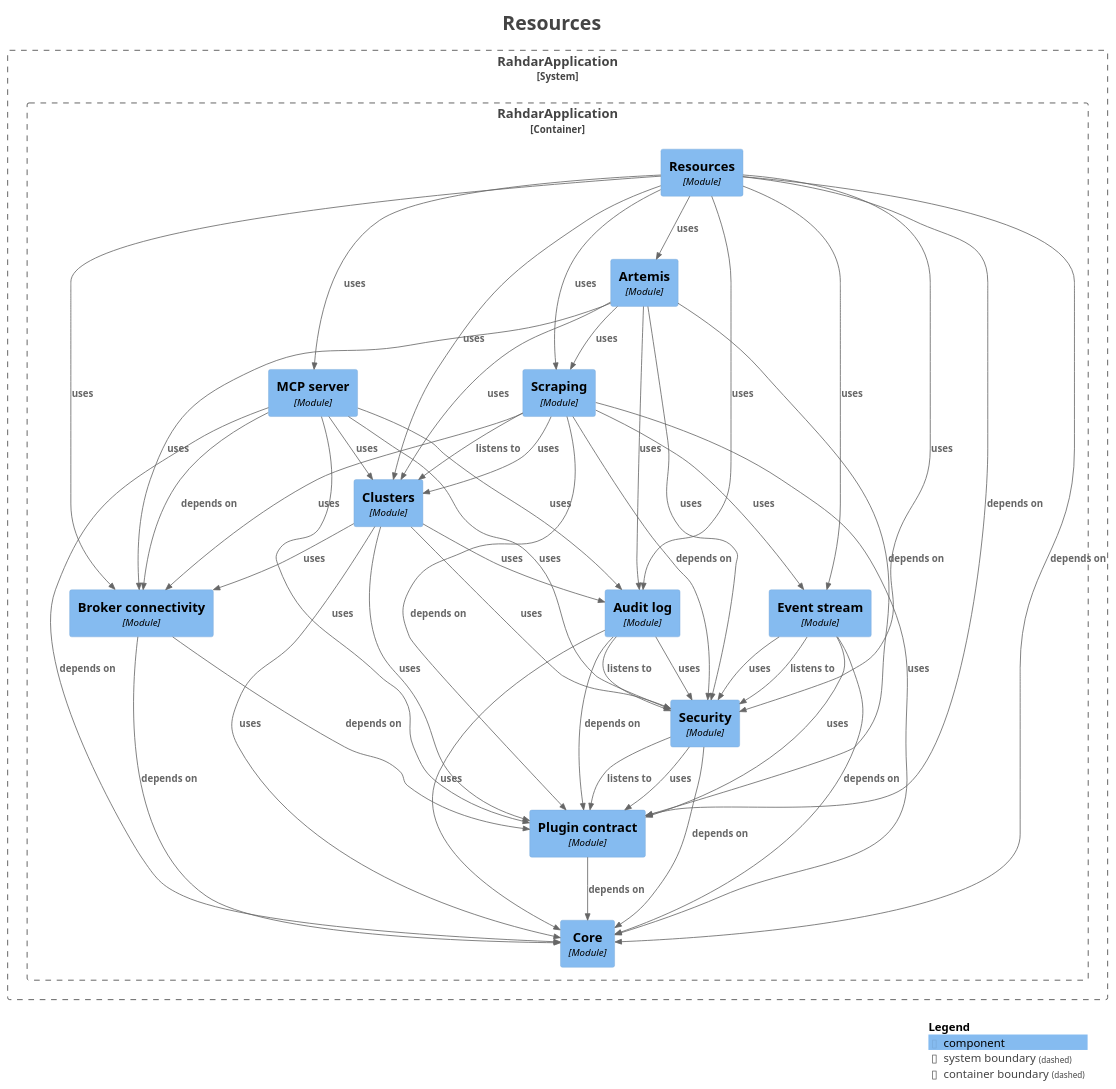
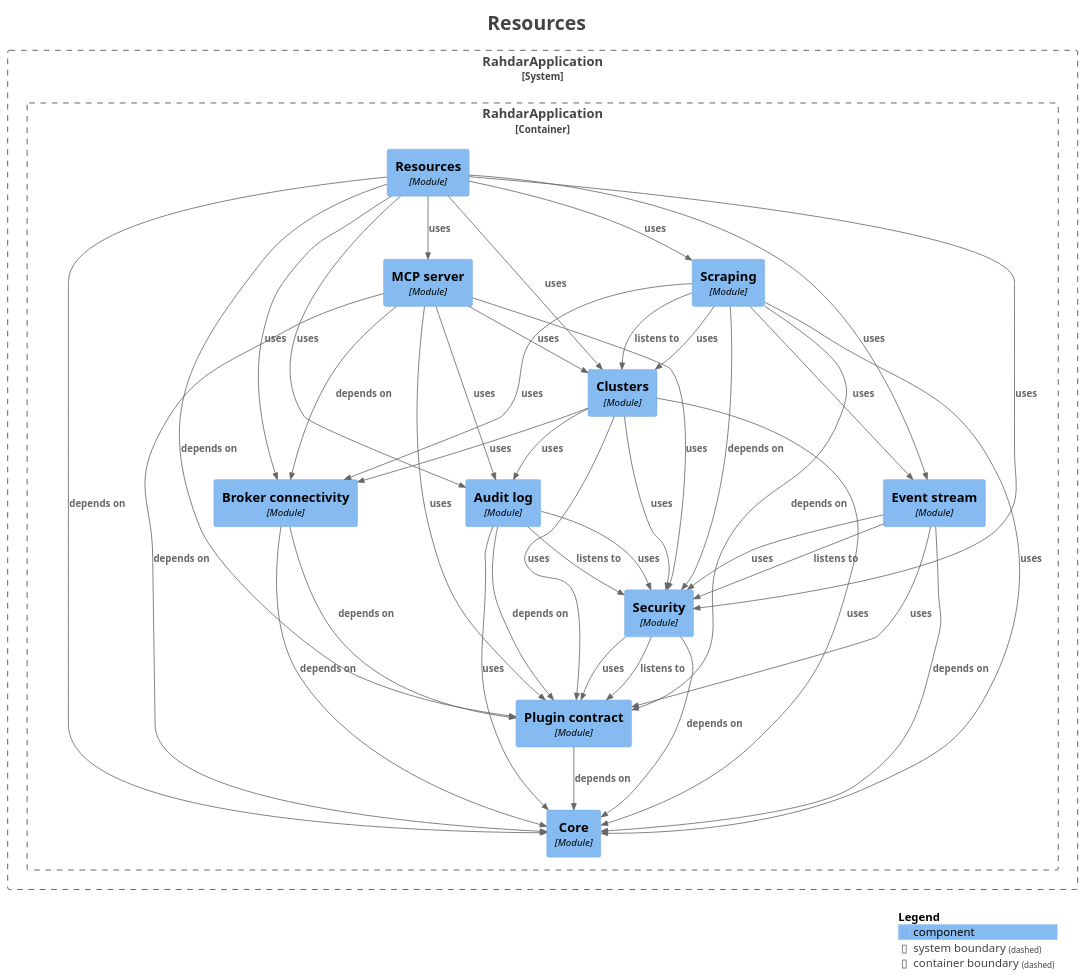
One commit to sudoitir/rahdar changed the diagram in docs/modules/module-feature.resources.puml. Above: the diagram before and after it, drawn with PlantUML. The commit also changed 33 other files, not shown here.

```diff
--- a/docs/modules/module-feature.resources.puml
+++ b/docs/modules/module-feature.resources.puml
@@ -1,86 +1,78 @@
 @startuml
 title <size:24>Resources</size>
 
 set separator none
 top to bottom direction
 
 <style>
   root {
     BackgroundColor: #ffffff
     FontColor: #444444
   }
 </style>
 
 !include <C4/C4>
 !include <C4/C4_Context>
 !include <C4/C4_Component>
 
 System_Boundary("RahdarApplication_boundary", "RahdarApplication", $tags="") {
   Container_Boundary("RahdarApplication.RahdarApplication_boundary", "RahdarApplication", $tags="") {
-    Component(RahdarApplication.RahdarApplication.Artemis, "Artemis", $techn="Module", $descr="", $tags="", $link="")
     Component(RahdarApplication.RahdarApplication.Auditlog, "Audit log", $techn="Module", $descr="", $tags="", $link="")
     Component(RahdarApplication.RahdarApplication.Brokerconnectivity, "Broker connectivity", $techn="Module", $descr="", $tags="", $link="")
     Component(RahdarApplication.RahdarApplication.Clusters, "Clusters", $techn="Module", $descr="", $tags="", $link="")
     Component(RahdarApplication.RahdarApplication.Core, "Core", $techn="Module", $descr="", $tags="", $link="")
     Component(RahdarApplication.RahdarApplication.Eventstream, "Event stream", $techn="Module", $descr="", $tags="", $link="")
     Component(RahdarApplication.RahdarApplication.MCPserver, "MCP server", $techn="Module", $descr="", $tags="", $link="")
     Component(RahdarApplication.RahdarApplication.Plugincontract, "Plugin contract", $techn="Module", $descr="", $tags="", $link="")
     Component(RahdarApplication.RahdarApplication.Resources, "Resources", $techn="Module", $descr="", $tags="", $link="")
     Component(RahdarApplication.RahdarApplication.Scraping, "Scraping", $techn="Module", $descr="", $tags="", $link="")
     Component(RahdarApplication.RahdarApplication.Security, "Security", $techn="Module", $descr="", $tags="", $link="")
   }
 
 }
 
-Rel(RahdarApplication.RahdarApplication.Artemis, RahdarApplication.RahdarApplication.Auditlog, "uses", $techn="", $tags="", $link="")
-Rel(RahdarApplication.RahdarApplication.Artemis, RahdarApplication.RahdarApplication.Brokerconnectivity, "uses", $techn="", $tags="", $link="")
-Rel(RahdarApplication.RahdarApplication.Artemis, RahdarApplication.RahdarApplication.Clusters, "uses", $techn="", $tags="", $link="")
-Rel(RahdarApplication.RahdarApplication.Artemis, RahdarApplication.RahdarApplication.Plugincontract, "depends on", $techn="", $tags="", $link="")
-Rel(RahdarApplication.RahdarApplication.Artemis, RahdarApplication.RahdarApplication.Scraping, "uses", $techn="", $tags="", $link="")
-Rel(RahdarApplication.RahdarApplication.Artemis, RahdarApplication.RahdarApplication.Security, "uses", $techn="", $tags="", $link="")
 Rel(RahdarApplication.RahdarApplication.Auditlog, RahdarApplication.RahdarApplication.Core, "uses", $techn="", $tags="", $link="")
 Rel(RahdarApplication.RahdarApplication.Auditlog, RahdarApplication.RahdarApplication.Plugincontract, "depends on", $techn="", $tags="", $link="")
 Rel(RahdarApplication.RahdarApplication.Auditlog, RahdarApplication.RahdarApplication.Security, "listens to", $techn="", $tags="", $link="")
 Rel(RahdarApplication.RahdarApplication.Auditlog, RahdarApplication.RahdarApplication.Security, "uses", $techn="", $tags="", $link="")
 Rel(RahdarApplication.RahdarApplication.Brokerconnectivity, RahdarApplication.RahdarApplication.Core, "depends on", $techn="", $tags="", $link="")
 Rel(RahdarApplication.RahdarApplication.Brokerconnectivity, RahdarApplication.RahdarApplication.Plugincontract, "depends on", $techn="", $tags="", $link="")
 Rel(RahdarApplication.RahdarApplication.Clusters, RahdarApplication.RahdarApplication.Auditlog, "uses", $techn="", $tags="", $link="")
 Rel(RahdarApplication.RahdarApplication.Clusters, RahdarApplication.RahdarApplication.Brokerconnectivity, "uses", $techn="", $tags="", $link="")
 Rel(RahdarApplication.RahdarApplication.Clusters, RahdarApplication.RahdarApplication.Core, "uses", $techn="", $tags="", $link="")
 Rel(RahdarApplication.RahdarApplication.Clusters, RahdarApplication.RahdarApplication.Plugincontract, "uses", $techn="", $tags="", $link="")
 Rel(RahdarApplication.RahdarApplication.Clusters, RahdarApplication.RahdarApplication.Security, "uses", $techn="", $tags="", $link="")
 Rel(RahdarApplication.RahdarApplication.Eventstream, RahdarApplication.RahdarApplication.Core, "depends on", $techn="", $tags="", $link="")
 Rel(RahdarApplication.RahdarApplication.Eventstream, RahdarApplication.RahdarApplication.Plugincontract, "uses", $techn="", $tags="", $link="")
 Rel(RahdarApplication.RahdarApplication.Eventstream, RahdarApplication.RahdarApplication.Security, "listens to", $techn="", $tags="", $link="")
 Rel(RahdarApplication.RahdarApplication.Eventstream, RahdarApplication.RahdarApplication.Security, "uses", $techn="", $tags="", $link="")
 Rel(RahdarApplication.RahdarApplication.MCPserver, RahdarApplication.RahdarApplication.Auditlog, "uses", $techn="", $tags="", $link="")
 Rel(RahdarApplication.RahdarApplication.MCPserver, RahdarApplication.RahdarApplication.Brokerconnectivity, "depends on", $techn="", $tags="", $link="")
 Rel(RahdarApplication.RahdarApplication.MCPserver, RahdarApplication.RahdarApplication.Clusters, "uses", $techn="", $tags="", $link="")
 Rel(RahdarApplication.RahdarApplication.MCPserver, RahdarApplication.RahdarApplication.Core, "depends on", $techn="", $tags="", $link="")
 Rel(RahdarApplication.RahdarApplication.MCPserver, RahdarApplication.RahdarApplication.Plugincontract, "uses", $techn="", $tags="", $link="")
 Rel(RahdarApplication.RahdarApplication.MCPserver, RahdarApplication.RahdarApplication.Security, "uses", $techn="", $tags="", $link="")
 Rel(RahdarApplication.RahdarApplication.Plugincontract, RahdarApplication.RahdarApplication.Core, "depends on", $techn="", $tags="", $link="")
-Rel(RahdarApplication.RahdarApplication.Resources, RahdarApplication.RahdarApplication.Artemis, "uses", $techn="", $tags="", $link="")
 Rel(RahdarApplication.RahdarApplication.Resources, RahdarApplication.RahdarApplication.Auditlog, "uses", $techn="", $tags="", $link="")
 Rel(RahdarApplication.RahdarApplication.Resources, RahdarApplication.RahdarApplication.Brokerconnectivity, "uses", $techn="", $tags="", $link="")
 Rel(RahdarApplication.RahdarApplication.Resources, RahdarApplication.RahdarApplication.Clusters, "uses", $techn="", $tags="", $link="")
 Rel(RahdarApplication.RahdarApplication.Resources, RahdarApplication.RahdarApplication.Core, "depends on", $techn="", $tags="", $link="")
 Rel(RahdarApplication.RahdarApplication.Resources, RahdarApplication.RahdarApplication.Eventstream, "uses", $techn="", $tags="", $link="")
 Rel(RahdarApplication.RahdarApplication.Resources, RahdarApplication.RahdarApplication.MCPserver, "uses", $techn="", $tags="", $link="")
 Rel(RahdarApplication.RahdarApplication.Resources, RahdarApplication.RahdarApplication.Plugincontract, "depends on", $techn="", $tags="", $link="")
 Rel(RahdarApplication.RahdarApplication.Resources, RahdarApplication.RahdarApplication.Scraping, "uses", $techn="", $tags="", $link="")
 Rel(RahdarApplication.RahdarApplication.Resources, RahdarApplication.RahdarApplication.Security, "uses", $techn="", $tags="", $link="")
 Rel(RahdarApplication.RahdarApplication.Scraping, RahdarApplication.RahdarApplication.Brokerconnectivity, "uses", $techn="", $tags="", $link="")
 Rel(RahdarApplication.RahdarApplication.Scraping, RahdarApplication.RahdarApplication.Clusters, "listens to", $techn="", $tags="", $link="")
 Rel(RahdarApplication.RahdarApplication.Scraping, RahdarApplication.RahdarApplication.Clusters, "uses", $techn="", $tags="", $link="")
 Rel(RahdarApplication.RahdarApplication.Scraping, RahdarApplication.RahdarApplication.Core, "uses", $techn="", $tags="", $link="")
 Rel(RahdarApplication.RahdarApplication.Scraping, RahdarApplication.RahdarApplication.Eventstream, "uses", $techn="", $tags="", $link="")
 Rel(RahdarApplication.RahdarApplication.Scraping, RahdarApplication.RahdarApplication.Plugincontract, "depends on", $techn="", $tags="", $link="")
 Rel(RahdarApplication.RahdarApplication.Scraping, RahdarApplication.RahdarApplication.Security, "depends on", $techn="", $tags="", $link="")
 Rel(RahdarApplication.RahdarApplication.Security, RahdarApplication.RahdarApplication.Core, "depends on", $techn="", $tags="", $link="")
 Rel(RahdarApplication.RahdarApplication.Security, RahdarApplication.RahdarApplication.Plugincontract, "listens to", $techn="", $tags="", $link="")
 Rel(RahdarApplication.RahdarApplication.Security, RahdarApplication.RahdarApplication.Plugincontract, "uses", $techn="", $tags="", $link="")
 
 SHOW_LEGEND(true)
 hide stereotypes
 @enduml
```
